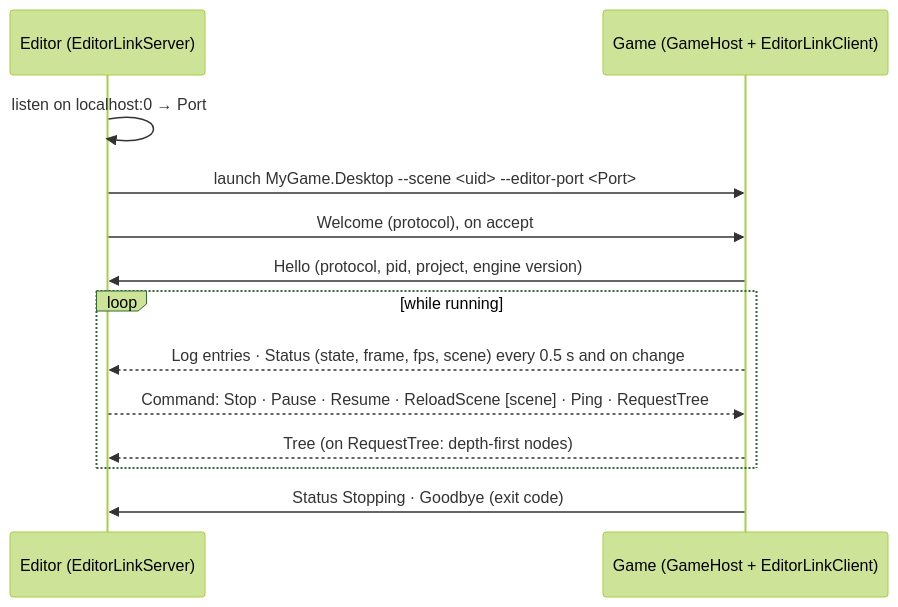
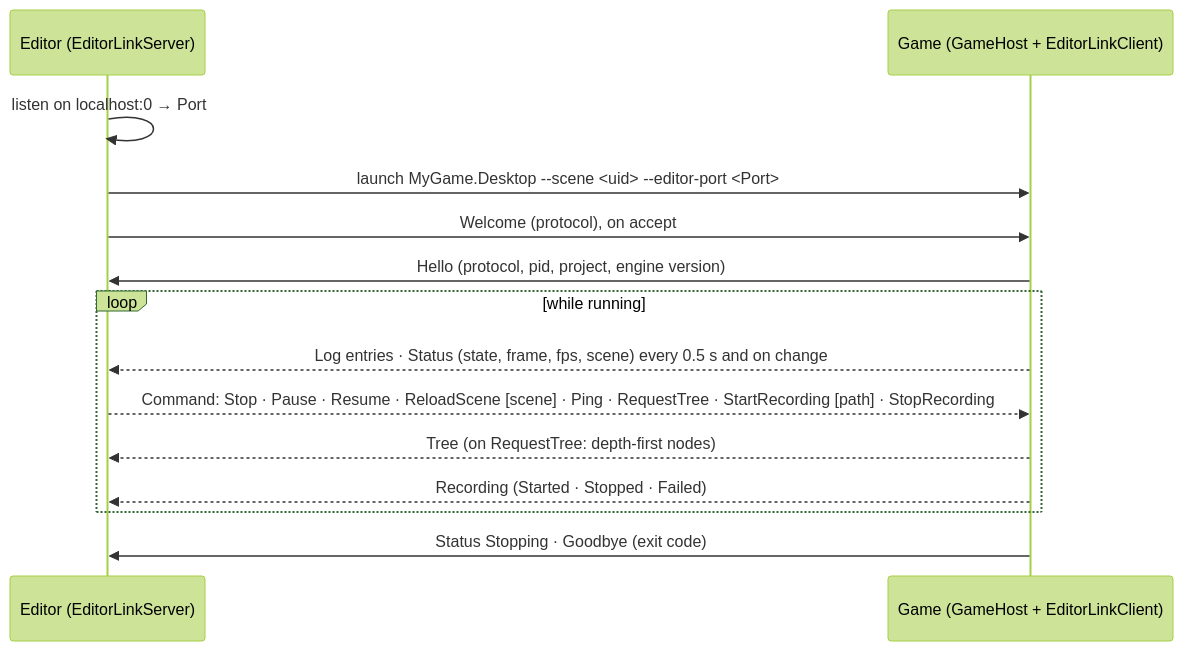
The second of 2 diagrams in docs/design/project-and-gamehost.md (Mainframe-Games/mainframe-engine), drawn with Mermaid (forest theme) before and after one commit. The commit also changed other lines of this file and 41 other files, not shown here.

````diff
--- a/docs/design/project-and-gamehost.md
+++ b/docs/design/project-and-gamehost.md
@@ -513,15 +513,16 @@
 ```mermaid
 sequenceDiagram
     participant E as Editor (EditorLinkServer)
     participant G as Game (GameHost + EditorLinkClient)
     E->>E: listen on localhost:0 → Port
     E->>G: launch MyGame.Desktop --scene <uid> --editor-port <Port>
     E->>G: Welcome (protocol), on accept
     G->>E: Hello (protocol, pid, project, engine version)
     loop while running
         G-->>E: Log entries · Status (state, frame, fps, scene) every 0.5 s and on change
-        E-->>G: Command: Stop · Pause · Resume · ReloadScene [scene] · Ping · RequestTree
+        E-->>G: Command: Stop · Pause · Resume · ReloadScene [scene] · Ping · RequestTree · StartRecording [path] · StopRecording
         G-->>E: Tree (on RequestTree: depth-first nodes)
+        G-->>E: Recording (Started · Stopped · Failed)
     end
     G->>E: Status Stopping · Goodbye (exit code)
 ```
````
